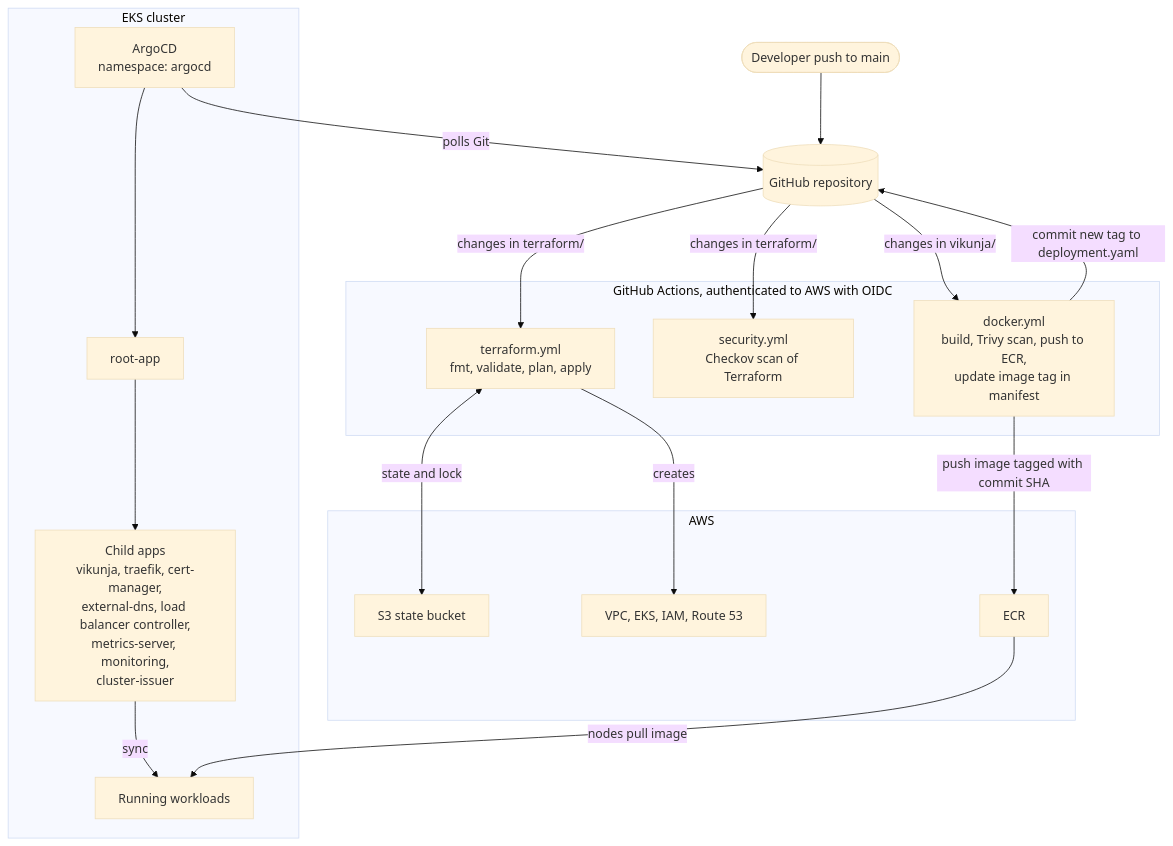
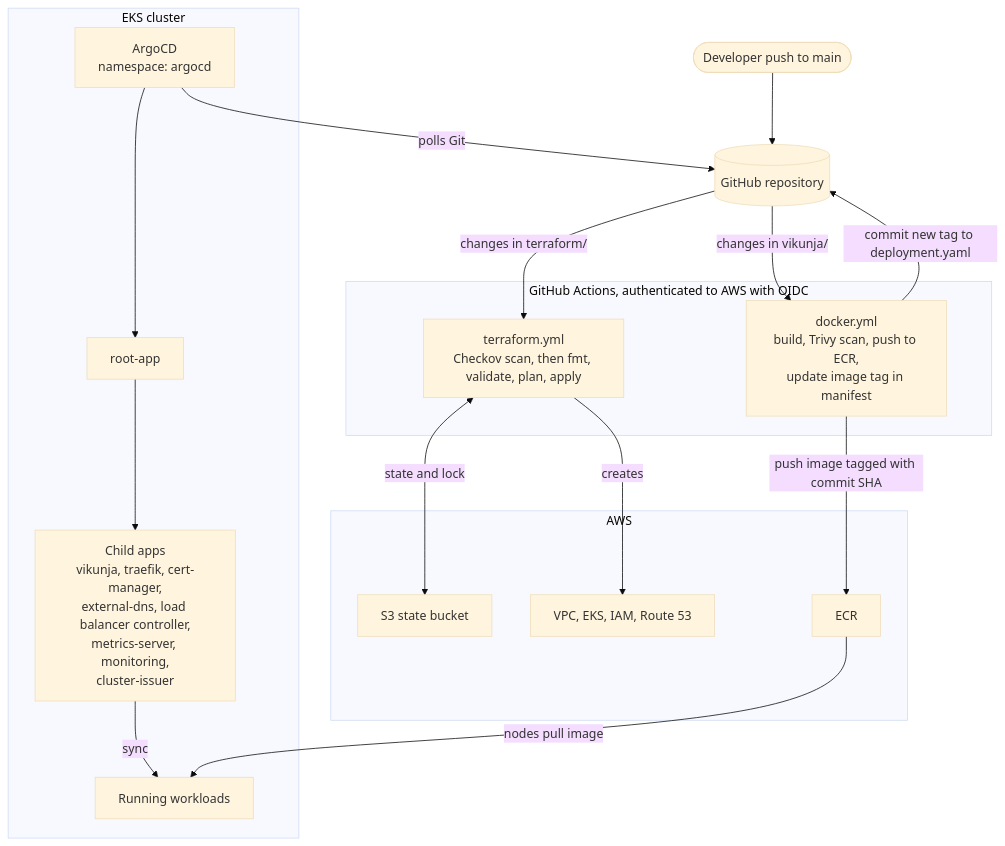
Before and after one commit to Younes-22/vikunja-eks: the third of 4 diagrams in docs/architecture.md, drawn with Mermaid (base theme). The commit also changed 2 other files, not shown here.

Commit message:
add: README and draw.io architecture diagram
Documents the project, the CI/CD pipelines and the full setup process. Adds the first draw.io page (AWS infrastructure and request flow) and updates the Mermaid diagrams.

````diff
--- a/docs/architecture.md
+++ b/docs/architecture.md
@@ -152,40 +152,38 @@
 ```mermaid
 flowchart TB
     dev(["Developer push to main"])
     repo[("GitHub repository")]
 
     subgraph gha["GitHub Actions, authenticated to AWS with OIDC"]
-        tf["terraform.yml<br/>fmt, validate, plan, apply"]
-        sec["security.yml<br/>Checkov scan of Terraform"]
+        tf["terraform.yml<br/>Checkov scan, then fmt, validate, plan, apply"]
         dock["docker.yml<br/>build, Trivy scan, push to ECR,<br/>update image tag in manifest"]
     end
 
     subgraph aws["AWS"]
         s3["S3 state bucket"]
         infra["VPC, EKS, IAM, Route 53"]
         ecr["ECR"]
     end
 
     subgraph cluster["EKS cluster"]
         argo["ArgoCD<br/>namespace: argocd"]
         root["root-app"]
         apps["Child apps<br/>vikunja, traefik, cert-manager,<br/>external-dns, load balancer controller,<br/>metrics-server, monitoring,<br/>cluster-issuer"]
         workloads["Running workloads"]
     end
 
     dev --> repo
     repo -->|"changes in terraform/"| tf
-    repo -->|"changes in terraform/"| sec
     repo -->|"changes in vikunja/"| dock
 
     tf <-->|"state and lock"| s3
     tf -->|"creates"| infra
     dock -->|"push image tagged with commit SHA"| ecr
     dock -->|"commit new tag to deployment.yaml"| repo
 
     argo -->|"polls Git"| repo
     root --> apps
     argo --> root
     apps -->|"sync"| workloads
     ecr -->|"nodes pull image"| workloads
 ```
````
